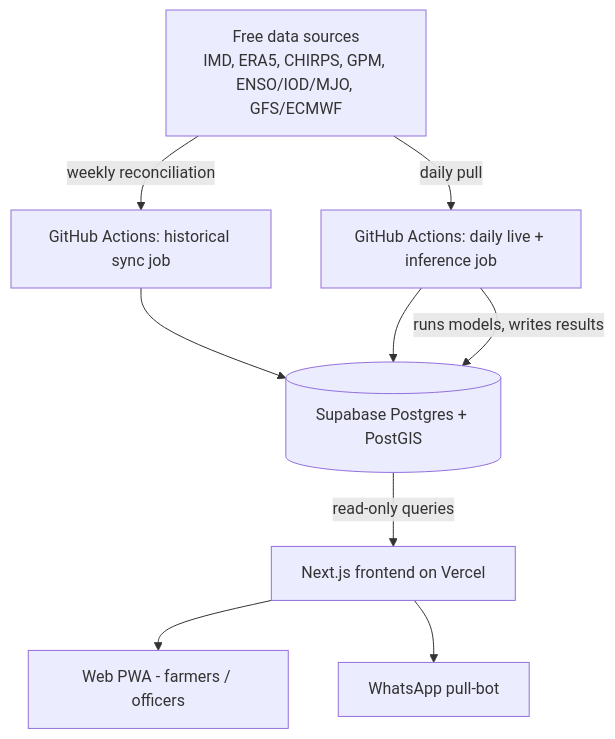
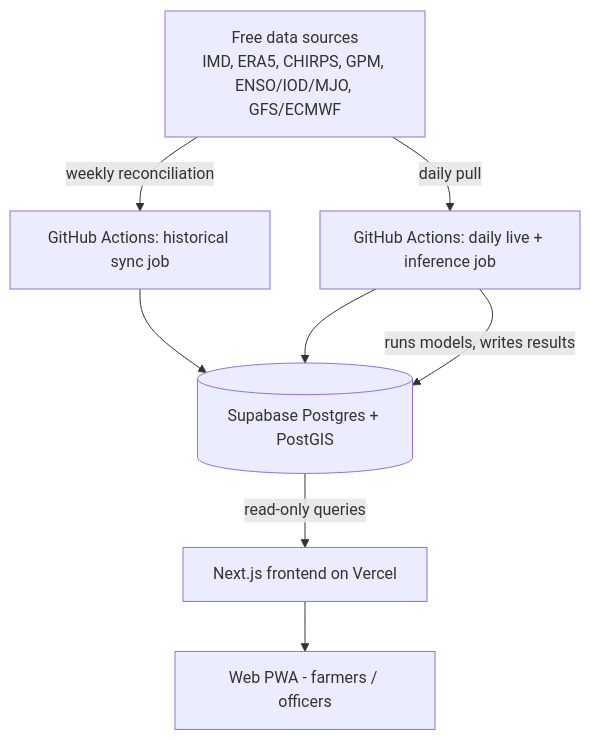
The diagram in docs/TECH_STACK.md (bitsubhayu/BHUMI), drawn with Mermaid before and after one commit. The commit also changed other lines of this file and 37 other files, not shown here.

````diff
--- a/docs/TECH_STACK.md
+++ b/docs/TECH_STACK.md
@@ -9,11 +13,10 @@
 ```mermaid
 flowchart TD
     A[Free data sources<br/>IMD, ERA5, CHIRPS, GPM, ENSO/IOD/MJO, GFS/ECMWF] -->|weekly reconciliation| B[GitHub Actions: historical sync job]
     A -->|daily pull| C[GitHub Actions: daily live + inference job]
     B --> D[(Supabase Postgres + PostGIS)]
     C --> D
     C -->|runs models, writes results| D
     D -->|read-only queries| E[Next.js frontend on Vercel]
     E --> F[Web PWA - farmers / officers]
-    E --> G[WhatsApp pull-bot]
 ```
````
